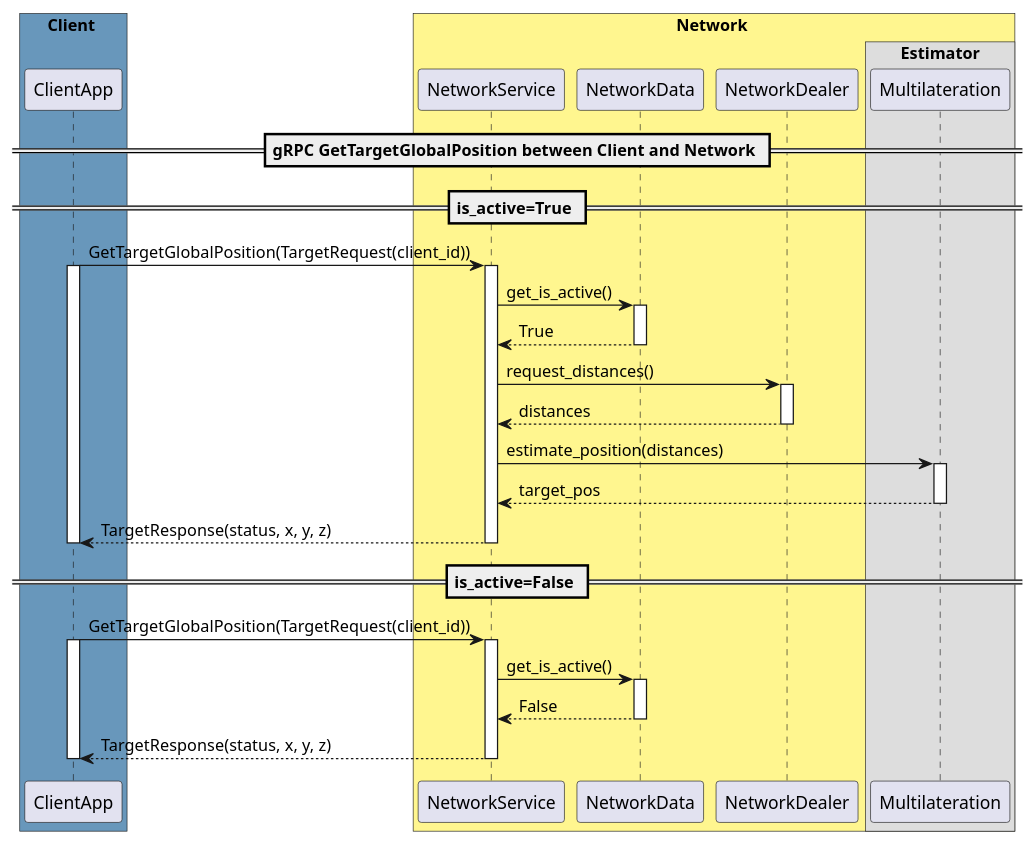
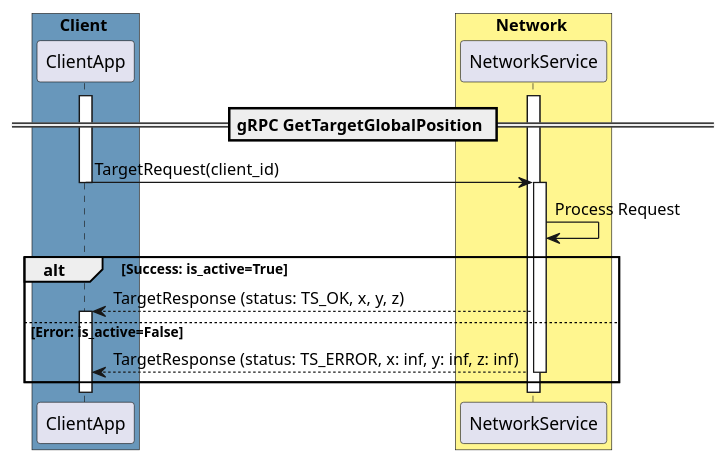
Before and after one commit to matteogianferrari/multilat_sensor_net: the diagram in docs/diagrams/communication/gRPC_GetTargetGlobalPosition.puml, drawn with PlantUML. The commit also changed 5 other files, not shown here.

Commit message:
Revisided UML sequence diagrams for the communication protocols.

```diff
--- a/docs/diagrams/communication/gRPC_GetTargetGlobalPosition.puml
+++ b/docs/diagrams/communication/gRPC_GetTargetGlobalPosition.puml
@@ -1,67 +1,50 @@
 @startuml
+
 skinparam backgroundColor #FFFFFF
 
 ' Defines the participants in the protocol
 box Client #6897BB
 participant "ClientApp" as ClientApp
 end box
 
-!pragma teoz true
 box Network #FFF68F
 participant "NetworkService" as NetworkService
-participant "NetworkData" as NetworkData
-participant "NetworkDealer" as NetworkDealer
-box Estimator
-participant "Multilateration" as Multilateration
 end box
-end box
-== gRPC GetTargetGlobalPosition between Client and Network ==
 
-== is_active=True ==
+== gRPC GetTargetGlobalPosition ==
+
+' NetworkService thread is running waiting for incoming requests
+activate NetworkService
+activate ClientApp
+
 ' ClientApp requests GetTargetGlobalPosition RPC sending a TargetRequest message
 ' containing the requesting client ID
-ClientApp -> NetworkService: GetTargetGlobalPosition(TargetRequest(client_id))
-activate ClientApp
+ClientApp -> NetworkService: TargetRequest(client_id)
+
+' The RPC request blocks the ClientApp thread while waiting for a response
+deactivate ClientApp
 
 ' NetworkService receives the RPC request for GetTargetGlobalPosition
+' NetworkService has a thread pool for handling asynchronously the requests
+' from multiple client, it assigns the request to a worker thread
 activate NetworkService
 
-' NetworkService
-NetworkService -> NetworkData: get_is_active()
-activate NetworkData
-return True
+' NetworkService GetTargetGlobalPosition procedure is executed
+NetworkService -> NetworkService: Process Request
 
-' NetworkService sets the state of the network to active in NetworkData
-NetworkService -> NetworkDealer: request_distances()
-activate NetworkDealer
-return distances
-
-NetworkService -> Multilateration: estimate_position(distances)
-activate Multilateration
-return target_pos
-
-' NetworkService responds to ClientApp sending a TargetResponse message
-' containing the operation status and the number of nodes in the network
-return TargetResponse(status, x, y, z)
-deactivate ClientApp
-
-== is_active=False ==
-' ClientApp requests GetTargetGlobalPosition RPC sending a TargetRequest message
-' containing the requesting client ID
-ClientApp -> NetworkService: GetTargetGlobalPosition(TargetRequest(client_id))
-activate ClientApp
-
-' NetworkService receives the RPC request for GetTargetGlobalPosition
-activate NetworkService
-
-' NetworkService
-NetworkService -> NetworkData: get_is_active()
-activate NetworkData
-return False
-
-' NetworkService responds to ClientApp sending a TargetResponse message
-' containing the operation status and the number of nodes in the network
-return TargetResponse(status, x, y, z)
-deactivate ClientApp
+' The distributed network is active so the target global position is computed
+alt Success: is_active=True
+    ' The NetworkService sends a TargetResponse message to the ClientApp containing
+    ' a positive status for the requested operation and the global coordinates of the target
+    NetworkService --> ClientApp : TargetResponse (status: TS_OK, x, y, z)
+    activate ClientApp
+' The distributed network isn't active so the target global position cannot be computed
+else Error: is_active=False
+    ' The NetworkService sends a TargetResponse message to the ClientApp containing
+    ' a negative status for the requested operation and the global coordinates of the target
+    ' set to infinite
+    NetworkService --> ClientApp : TargetResponse (status: TS_ERROR, x: inf, y: inf, z: inf)
+    deactivate NetworkService
+end
 
 @enduml
```
